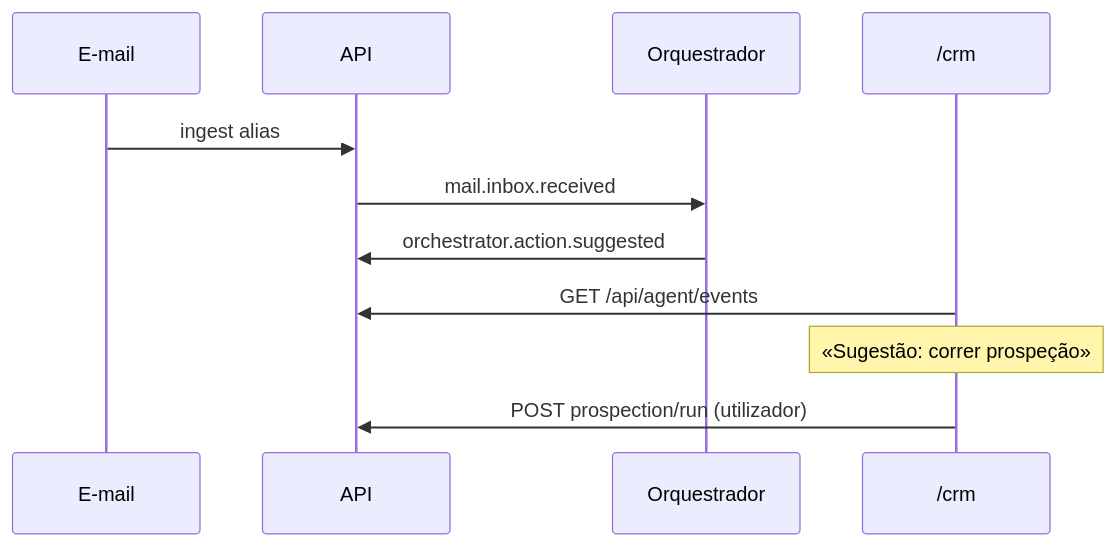
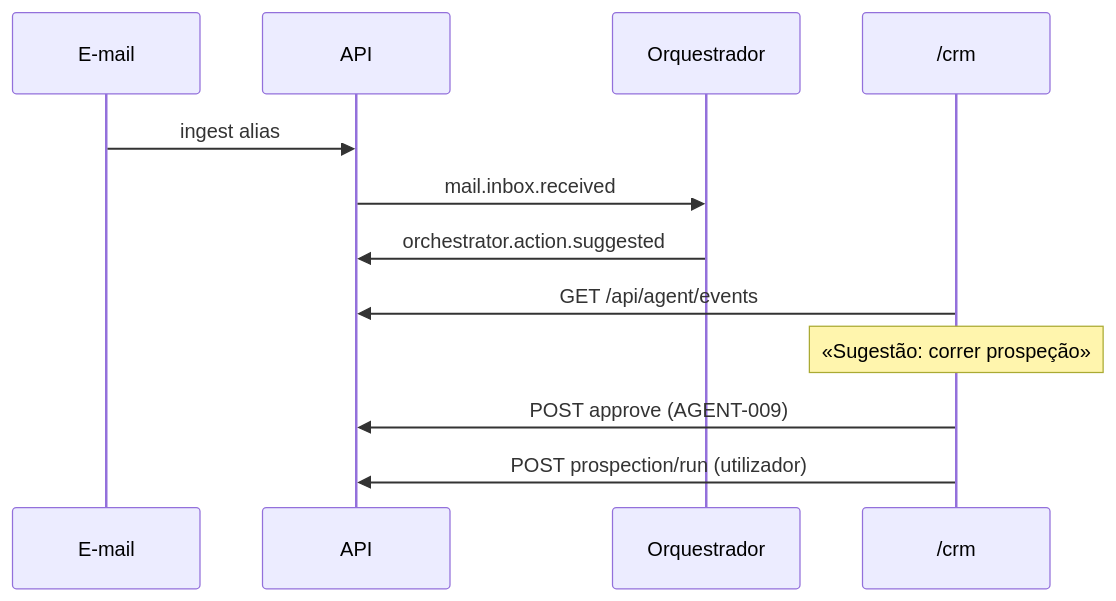
The diagram in docs/roadmap/04-user-journeys/journey-orchestrator.md (titi-byte-dev/Bunker8888Pass8888), drawn with Mermaid before and after one commit. The commit also changed other lines of this file and 11 other files, not shown here.

First line of the commit message:
AGENT-009b: UI aprovações no /crm + docs human-in-the-loop

````diff
--- a/docs/roadmap/04-user-journeys/journey-orchestrator.md
+++ b/docs/roadmap/04-user-journeys/journey-orchestrator.md
@@ -15,14 +15,15 @@
 ```mermaid
 sequenceDiagram
     participant SMTP as E-mail
     participant API as API
     participant Orq as Orquestrador
     participant CRM as /crm
 
     SMTP->>API: ingest alias
     API->>Orq: mail.inbox.received
     Orq->>API: orchestrator.action.suggested
     CRM->>API: GET /api/agent/events
     Note over CRM: «Sugestão: correr prospeção»
+    CRM->>API: POST approve (AGENT-009)
     CRM->>API: POST prospection/run (utilizador)
 ```
````
